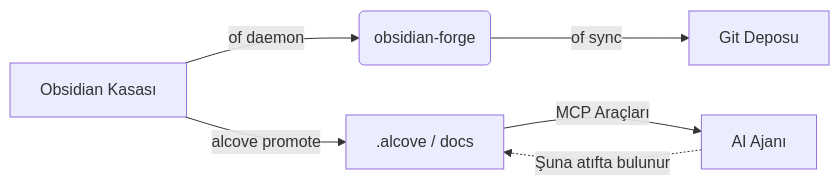
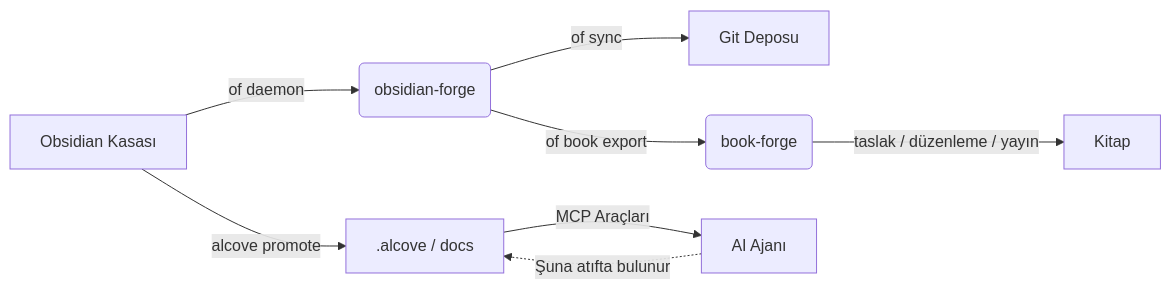
Before and after one commit to epicsagas/obsidian-forge: the diagram in docs/README_tr.md, drawn with Mermaid. The commit also changed other lines of this file and 9 other files, not shown here.

Commit message:
docs(ecosystem): add book-forge integration guide across all languages

````diff
--- a/docs/README_tr.md
+++ b/docs/README_tr.md
@@ -340,8 +341,10 @@
 ```mermaid
 graph LR
     A[Obsidian Kasası] -->|of daemon| B(obsidian-forge)
     B -->|of sync| C[Git Deposu]
     A -->|alcove promote| D[.alcove / docs]
     D -->|MCP Araçları| E[AI Ajanı]
     E -.->|Şuna atıfta bulunur| D
+    B -->|of book export| F(book-forge)
+    F -->|taslak / düzenleme / yayın| G[Kitap]
 ```
````
